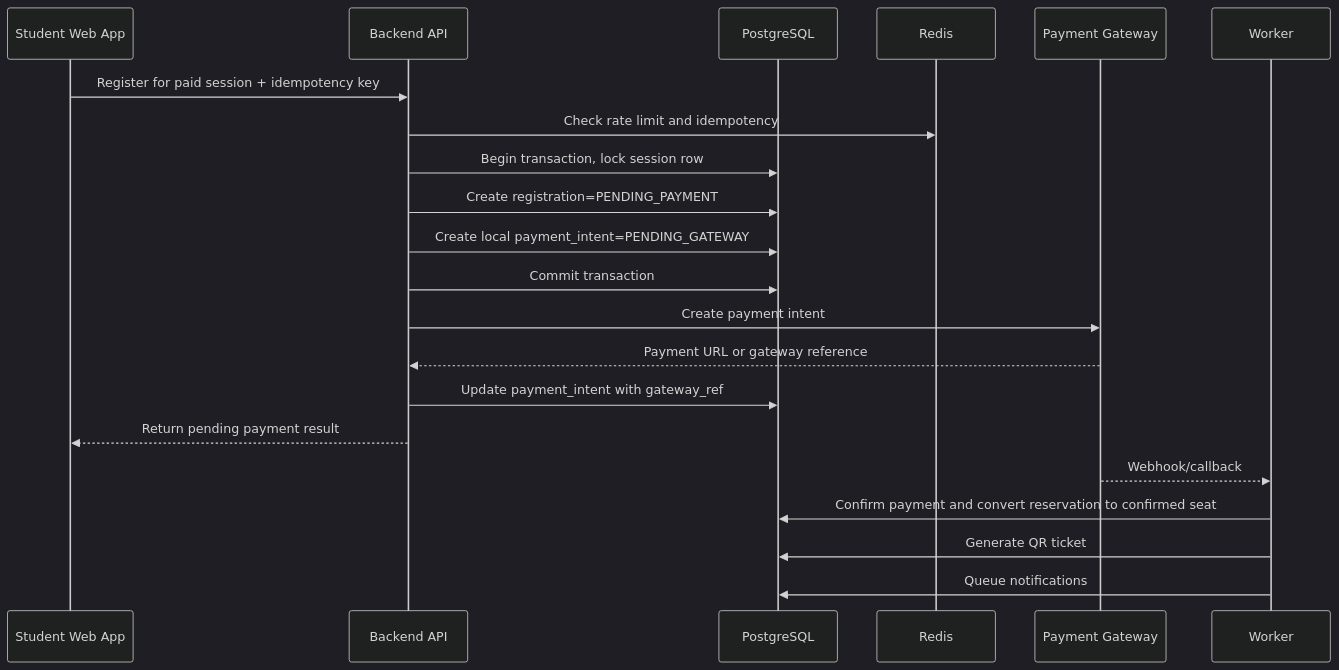
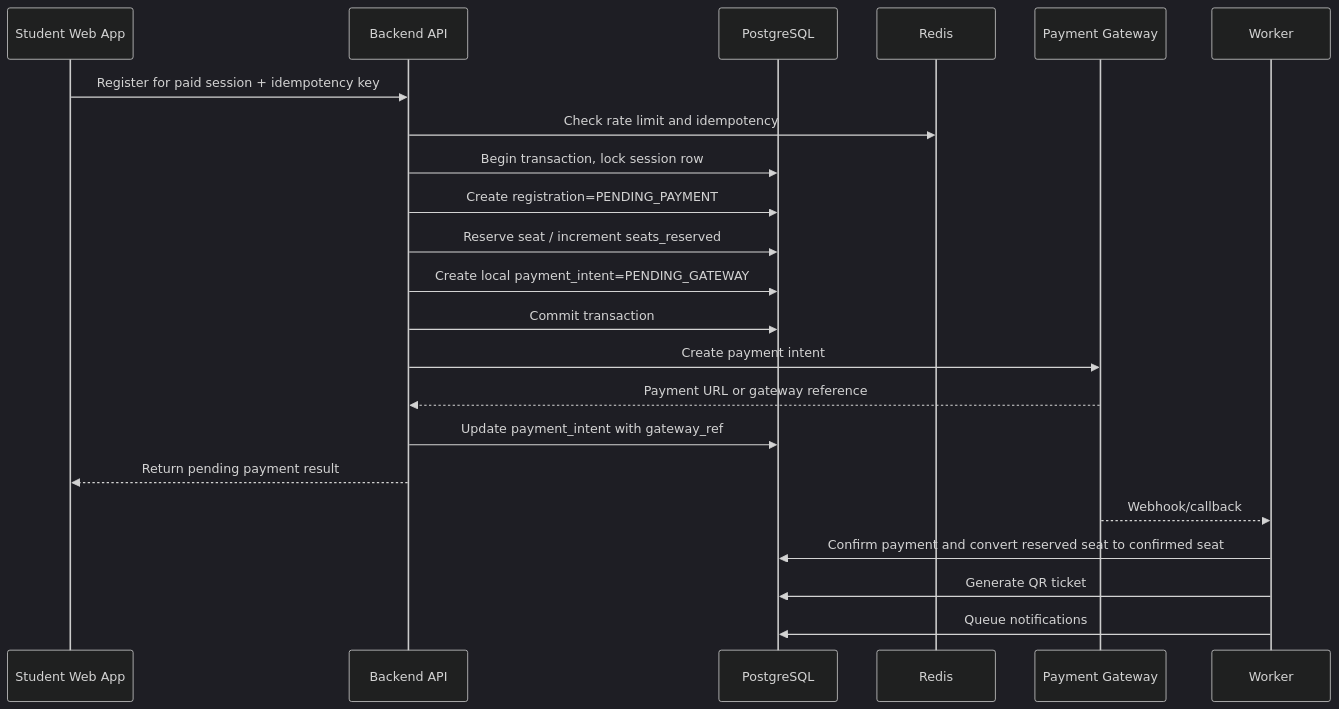
Before and after one commit to NguyenThanhTien539/unihub-workshop-system: the fourth of 6 diagrams in blueprint/design.md, drawn with Mermaid (dark theme). The commit also changed other lines of this file and 8 other files, not shown here.

````diff
--- a/blueprint/design.md
+++ b/blueprint/design.md
@@ -439,24 +362,25 @@
 ```mermaid
 sequenceDiagram
     participant S as Student Web App
     participant API as Backend API
     participant DB as PostgreSQL
     participant R as Redis
     participant P as Payment Gateway
     participant W as Worker
 
     S->>API: Register for paid session + idempotency key
     API->>R: Check rate limit and idempotency
     API->>DB: Begin transaction, lock session row
     API->>DB: Create registration=PENDING_PAYMENT
+    API->>DB: Reserve seat / increment seats_reserved
     API->>DB: Create local payment_intent=PENDING_GATEWAY
     API->>DB: Commit transaction
     API->>P: Create payment intent
     P-->>API: Payment URL or gateway reference
     API->>DB: Update payment_intent with gateway_ref
     API-->>S: Return pending payment result
     P-->>W: Webhook/callback
-    W->>DB: Confirm payment and convert reservation to confirmed seat
+    W->>DB: Confirm payment and convert reserved seat to confirmed seat
     W->>DB: Generate QR ticket
     W->>DB: Queue notifications
 ```
````
